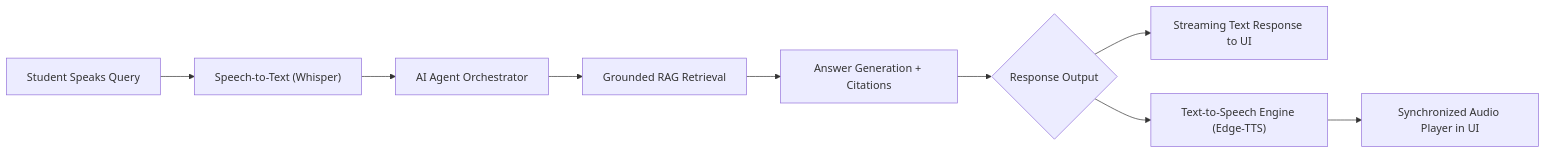
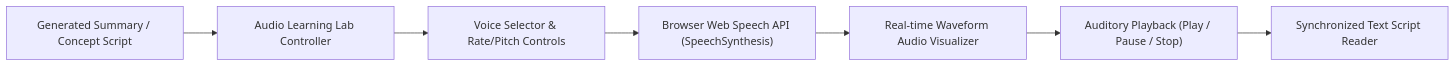
The fifth of 10 diagrams in README.md (varun16-dev/Cognivora-AI), drawn with Mermaid before and after one commit. The commit also changed other lines of this file and 55 other files, not shown here.

Commit message:
feat: complete Capabl 8-week deliverables, multi-agent RAG backend, React dashboard, and test suites

````diff
--- a/README.md
+++ b/README.md
@@ -281,11 +234,9 @@
 ```mermaid
 flowchart LR
-    Mic["Student Speaks Query"] --> STT["Speech-to-Text (Whisper)"]
-    STT --> Orchestrator["AI Agent Orchestrator"]
-    Orchestrator --> RAG["Grounded RAG Retrieval"]
-    RAG --> AnswerGen["Answer Generation + Citations"]
-    AnswerGen --> DualOutput{"Response Output"}
-    DualOutput --> TextStream["Streaming Text Response to UI"]
-    DualOutput --> TTS["Text-to-Speech Engine (Edge-TTS)"]
-    TTS --> AudioPlayer["Synchronized Audio Player in UI"]
+    InputSummary["Generated Summary / Concept Script"] --> AudioLab["Audio Learning Lab Controller"]
+    AudioLab --> VoiceSelect["Voice Selector & Rate/Pitch Controls"]
+    VoiceSelect --> WebSpeech["Browser Web Speech API (SpeechSynthesis)"]
+    WebSpeech --> Waveform["Real-time Waveform Audio Visualizer"]
+    Waveform --> Speaker["Auditory Playback (Play / Pause / Stop)"]
+    Speaker --> SyncReader["Synchronized Text Script Reader"]
 ```
````
